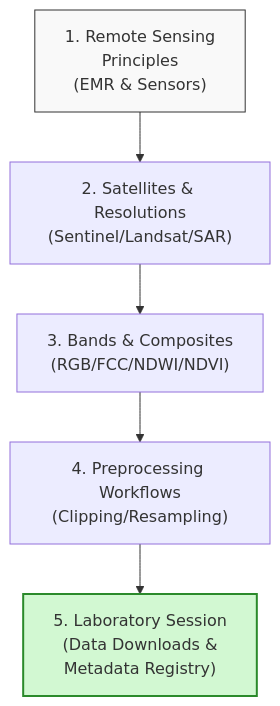
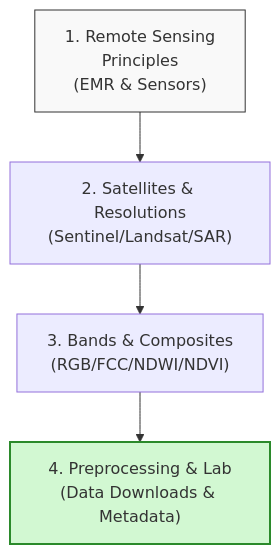
One commit to Rotten-Grapes-Pvt-Ltd/QGIS-WECS changed the diagram in docs/day2/index.md. Above: the diagram before and after it, drawn with Mermaid. The commit also changed other lines of this file and 10 other files, not shown here.

````diff
--- a/docs/day2/index.md
+++ b/docs/day2/index.md
@@ -28,10 +28,9 @@
 ```mermaid
 graph TD
     A["1. Remote Sensing<br/>Principles<br/>(EMR & Sensors)"] --> B["2. Satellites & Resolutions<br/>(Sentinel/Landsat/SAR)"]
     B --> C["3. Bands & Composites<br/>(RGB/FCC/NDWI/NDVI)"]
-    C --> D["4. Preprocessing Workflows<br/>(Clipping/Resampling)"]
-    D --> E["5. Laboratory Session<br/>(Data Downloads &<br/>Metadata Registry)"]
+    C --> D["4. Preprocessing & Lab<br/>(Data Downloads & Metadata)"]
     
     style A fill:#f9f9f9,stroke:#333
-    style E fill:#d2f8d2,stroke:#2b8a2b,stroke-width:2px
+    style D fill:#d2f8d2,stroke:#2b8a2b,stroke-width:2px
 ```
````
